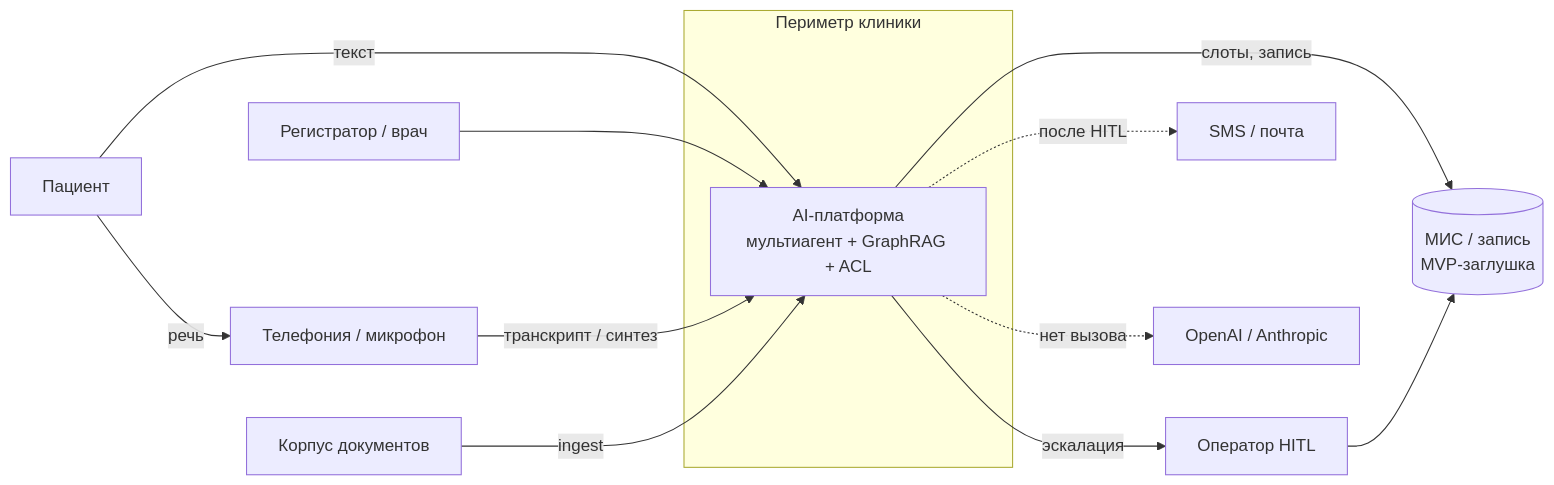
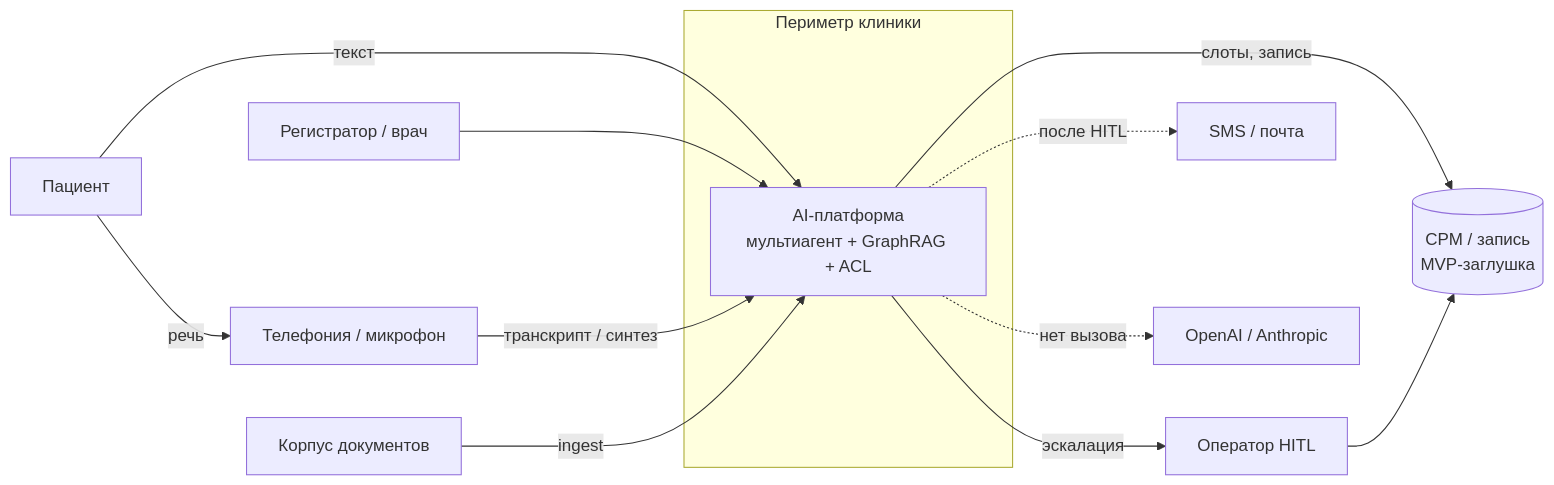
One commit to divisee/otus-ai-architect changed the first of 8 diagrams in final-project/README.md. Above: the diagram before and after it, drawn with Mermaid. The commit also changed other lines of this file, not shown here.

First line of the commit message:
Lead the README with architecture and cost, move the stand last.

````diff
--- a/final-project/README.md
+++ b/final-project/README.md
@@ -351,27 +181,27 @@
 ```mermaid
 flowchart LR
     patient[Пациент]
     staff[Регистратор / врач]
     operator[Оператор HITL]
 
     subgraph perimeter["Периметр клиники"]
         ai[AI-платформа<br/>мультиагент + GraphRAG + ACL]
     end
 
     telephony[Телефония / микрофон]
-    crm[(МИС / запись<br/>MVP-заглушка)]
+    crm[(СРМ / запись<br/>MVP-заглушка)]
     kb[Корпус документов]
     notify[SMS / почта]
     ext[OpenAI / Anthropic]
 
     patient -->|речь| telephony
     patient -->|текст| ai
     staff --> ai
     telephony -->|транскрипт / синтез| ai
     kb -->|ingest| ai
     ai -->|слоты, запись| crm
     ai -->|эскалация| operator
     operator --> crm
     ai -.->|после HITL| notify
     ai -.->|нет вызова| ext
 ```
````
